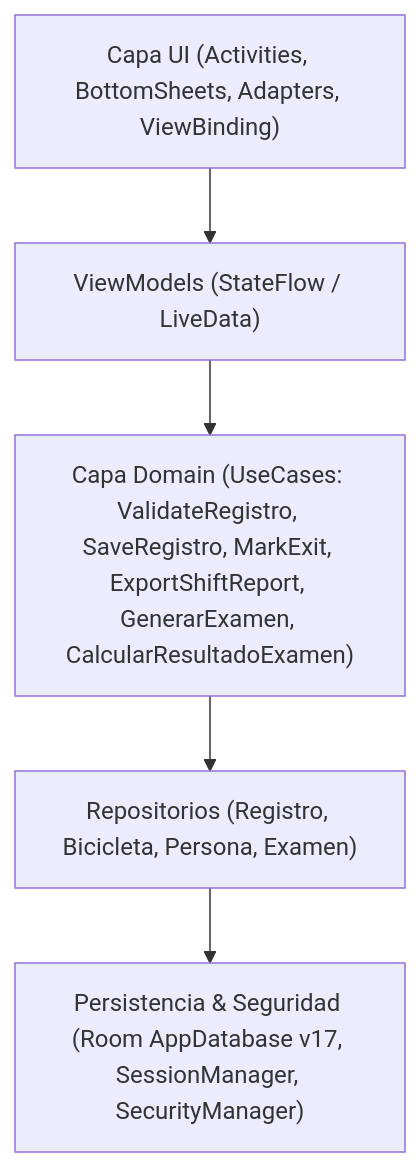
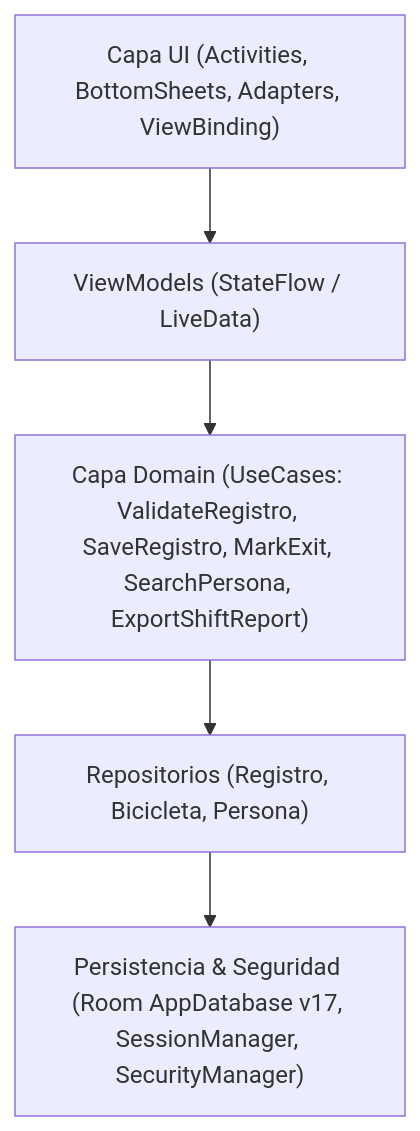
One commit to dur1al/controlate-android changed the first of 3 diagrams in README.md. Above: the diagram before and after it, drawn with Mermaid. The commit also changed other lines of this file and 3 other files, not shown here.

````diff
--- a/README.md
+++ b/README.md
@@ -45,13 +44,13 @@
 ```mermaid
 flowchart TD
     UI["Capa UI (Activities, BottomSheets, Adapters, ViewBinding)"]
     VM["ViewModels (StateFlow / LiveData)"]
-    UC["Capa Domain (UseCases: ValidateRegistro, SaveRegistro, MarkExit, ExportShiftReport, GenerarExamen, CalcularResultadoExamen)"]
-    REPO["Repositorios (Registro, Bicicleta, Persona, Examen)"]
+    UC["Capa Domain (UseCases: ValidateRegistro, SaveRegistro, MarkExit, SearchPersona, ExportShiftReport)"]
+    REPO["Repositorios (Registro, Bicicleta, Persona)"]
     DATA["Persistencia & Seguridad (Room AppDatabase v17, SessionManager, SecurityManager)"]
 
     UI --> VM
     VM --> UC
     UC --> REPO
     REPO --> DATA
 ```
````
